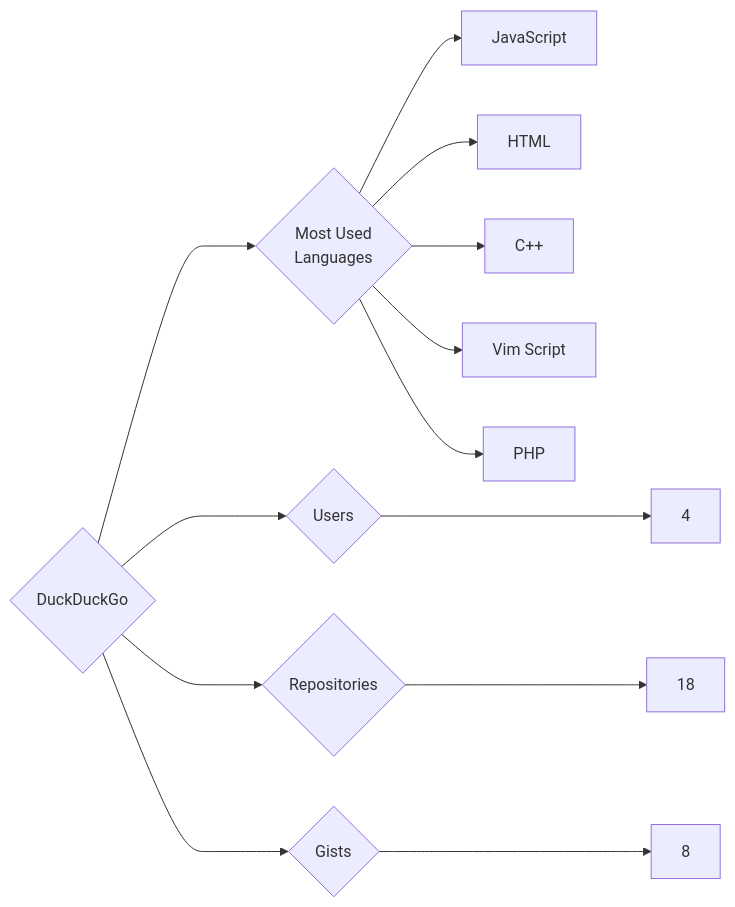
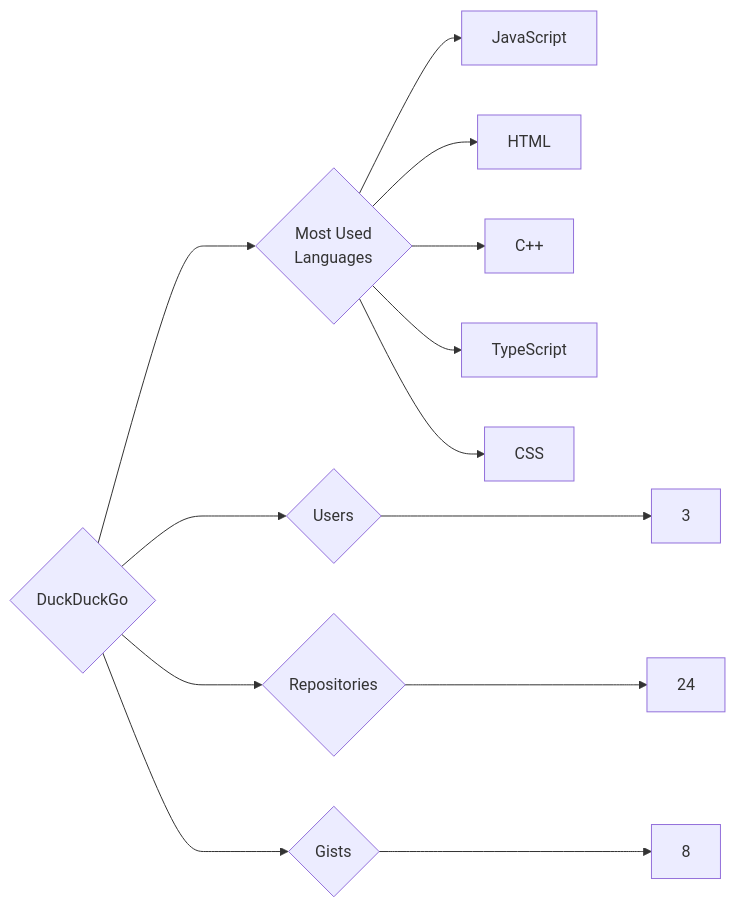
Before and after one commit to trickest/insiders: the diagram in targets/DuckDuckGo/README.md, drawn with Mermaid. The commit also changed 1007 other files, not shown here.

````diff
--- a/targets/DuckDuckGo/README.md
+++ b/targets/DuckDuckGo/README.md
@@ -3,13 +3,13 @@
 ```mermaid
 graph LR
 COMPANY_NAME{DuckDuckGo}
-COMPANY_NAME ---> U{Users} ---> UN[4]
-COMPANY_NAME ---> R{Repositories} ---> RN[18]
+COMPANY_NAME ---> U{Users} ---> UN[3]
+COMPANY_NAME ---> R{Repositories} ---> RN[24]
 COMPANY_NAME ---> G{Gists} ---> GN[8]
 COMPANY_NAME ---> ML{Most Used<br>Languages}
 ML --> JavaScript[JavaScript]
 ML --> HTML[HTML]
 ML --> C++[C++]
-ML --> Vim_Script[Vim Script]
-ML --> PHP[PHP]
+ML --> TypeScript[TypeScript]
+ML --> CSS[CSS]
 ```
````
